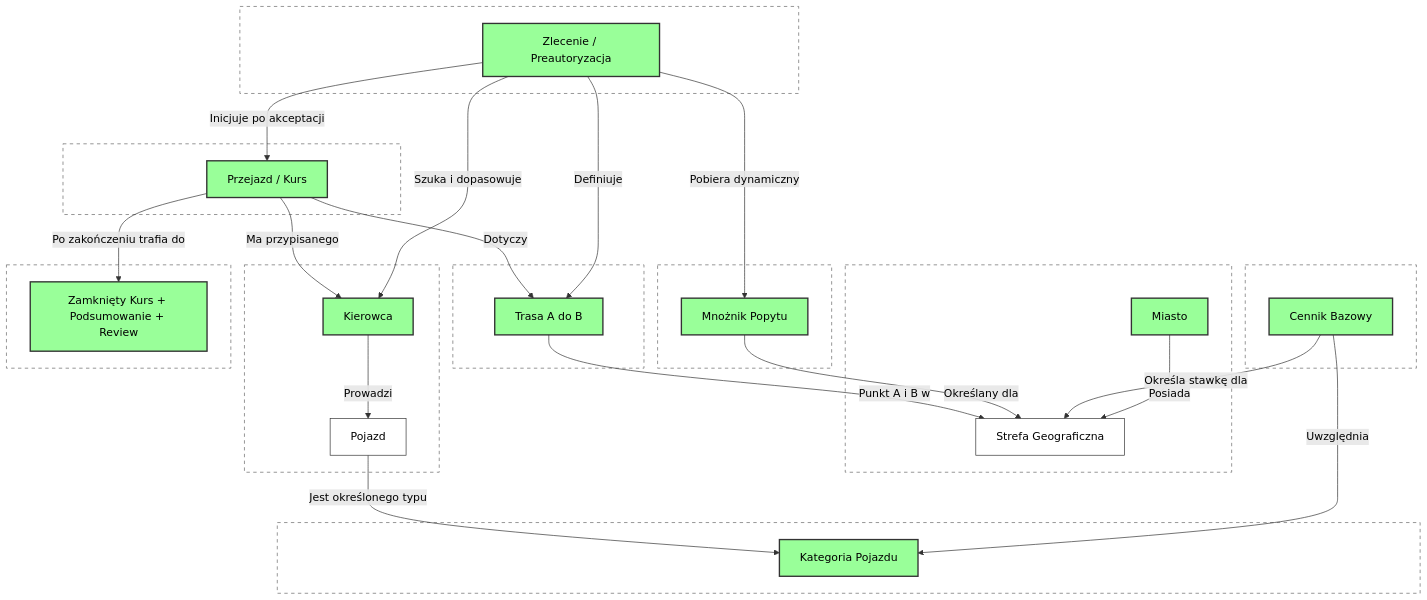
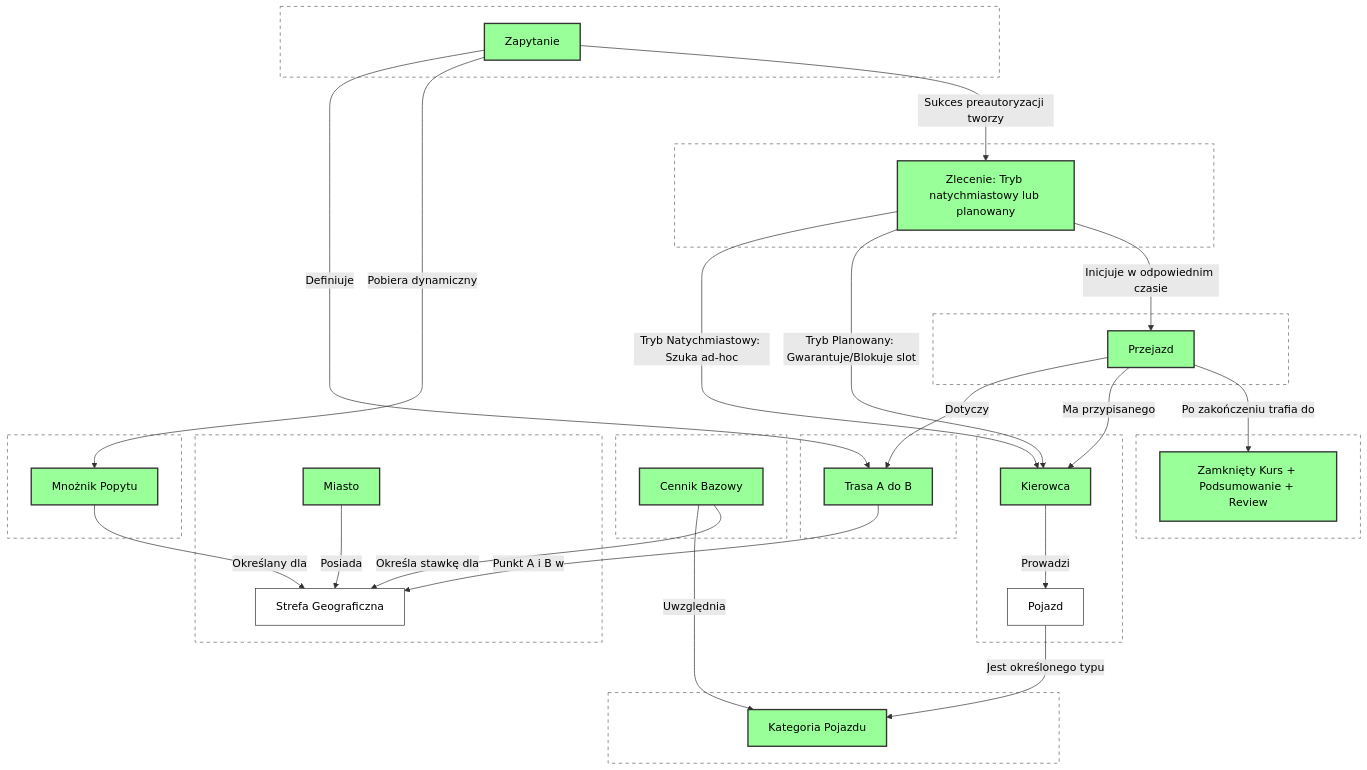
Before and after one commit to kamil7430/ansi-halt: the diagram in Stage2/Agregaty i ich relacje.md, drawn with Mermaid.

Commit message:
Refactor aggregates and relationships in documentation

````diff
--- a/Stage2/Agregaty i ich relacje.md
+++ b/Stage2/Agregaty i ich relacje.md
@@ -32,12 +32,16 @@
         T[Trasa A do B]:::root
     end
 
-    subgraph Zapytanie_Aggregate [Zapytanie o Przejazd]
-        ZOP[Zlecenie / Preautoryzacja]:::root
+    subgraph Zapytanie_Podstan [Zapytanie o Przejazd]
+        ZAP[Zapytanie]:::root
+    end
+
+    subgraph Zlecenie_Podstan [Zlecenie Preautoryzowane]
+        ZLE[Zlecenie: Tryb natychmiastowy lub planowany]:::root
     end
 
     subgraph Przejazd_Aggregate [Aktywny Przejazd]
-        PR[Przejazd / Kurs]:::root
+        PR[Przejazd]:::root
     end
 
     subgraph Archiwum_Aggregate [Historia i Rozliczenie]
@@ -45,24 +49,29 @@
     end
 
     %% --- RELACJE STRUKTURALNE I CENOWE ---
-    CB -->|Określa stawkę dla| S
     CB -->|Uwzględnia| KP
     P -->|Jest określonego typu| KP
     CD -->|Określany dla| S
     T -->|Punkt A i B w| S
+    CB -->|Określa stawkę dla| S
 
-    %% --- PRZEPŁYW BIZNESOWY (ZAPYTANIE -> PRZEJAZD) ---
-    ZOP -->|Definiuje| T
-    ZOP -->|Pobiera dynamiczny| CD
-    ZOP -->|Szuka i dopasowuje| K
+    %% --- PRZEPŁYW BIZNESOWY ---
+    ZAP -->|Definiuje| T
+    ZAP -->|Pobiera dynamiczny| CD
     
-    ZOP -->|Inicjuje po akceptacji| PR
+    ZAP -->|Sukces preautoryzacji tworzy| ZLE
+    
+    %% Rozbicie logiki matchowania w zależności od trybu zlecenia
+    ZLE -->|Tryb Natychmiastowy: Szuka ad-hoc| K
+    ZLE -->|Tryb Planowany: Gwarantuje/Blokuje slot| K
+    
+    ZLE -->|Inicjuje w odpowiednim czasie| PR
+    
     PR -->|Dotyczy| T
     PR -->|Ma przypisanego| K
-    
     PR -->|Po zakończeniu trafia do| HR
 
-    %% Style dla kontenerów (subgraph) - wymuszenie białego tekstu nagłówków
+    %% Style dla kontenerów (subgraph)
     style Cennik_Bazowy fill:none,stroke:#666,stroke-width:1px,stroke-dasharray: 5 5,color:#fff
     style Miasto_Aggregate fill:none,stroke:#666,stroke-width:1px,stroke-dasharray: 5 5,color:#fff
     style Pojazd_Aggregate fill:none,stroke:#666,stroke-width:1px,stroke-dasharray: 5 5,color:#fff
@@ -70,6 +79,7 @@
     style Wycena_Dynamiczna fill:none,stroke:#666,stroke-width:1px,stroke-dasharray: 5 5,color:#fff
     style Przejazd_Aggregate fill:none,stroke:#666,stroke-width:1px,stroke-dasharray: 5 5,color:#fff
     style Trasa_Aggregate fill:none,stroke:#666,stroke-width:1px,stroke-dasharray: 5 5,color:#fff
-    style Zapytanie_Aggregate fill:none,stroke:#666,stroke-width:1px,stroke-dasharray: 5 5,color:#fff
+    style Zapytanie_Podstan fill:none,stroke:#666,stroke-width:1px,stroke-dasharray: 5 5,color:#fff
+    style Zlecenie_Podstan fill:none,stroke:#666,stroke-width:1px,stroke-dasharray: 5 5,color:#fff
     style Archiwum_Aggregate fill:none,stroke:#666,stroke-width:1px,stroke-dasharray: 5 5,color:#fff
 ```
````
